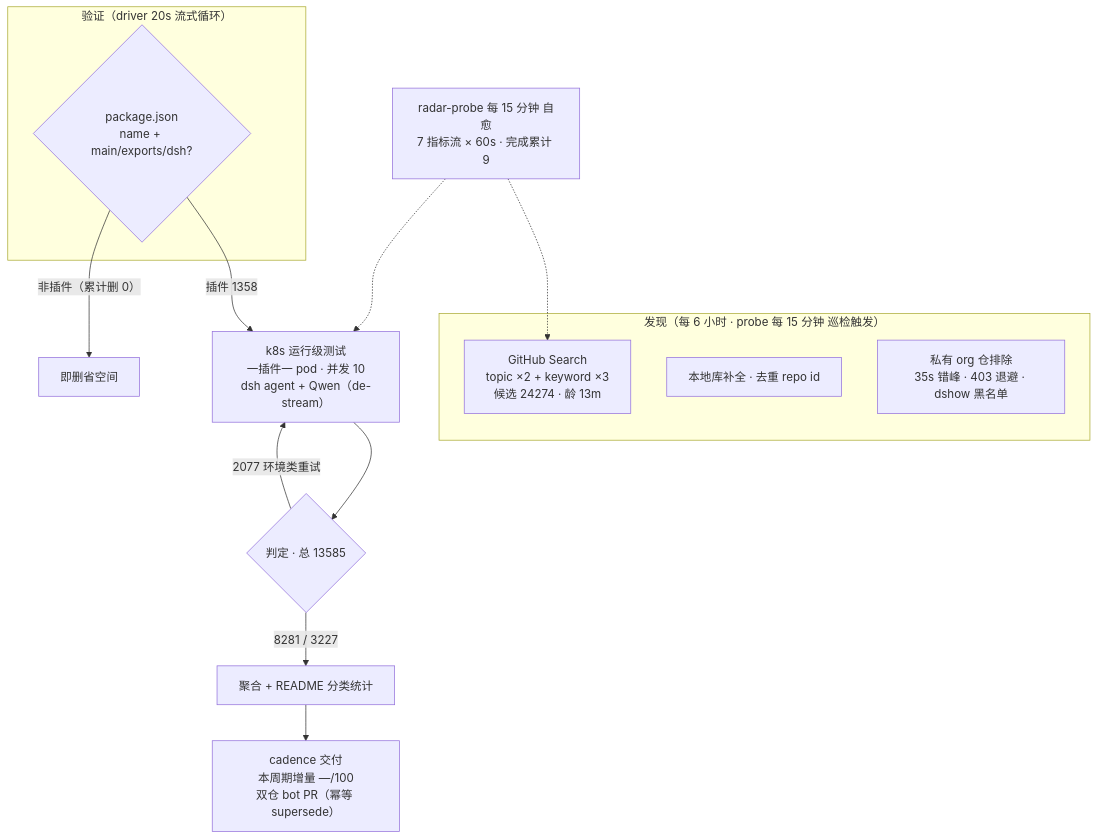
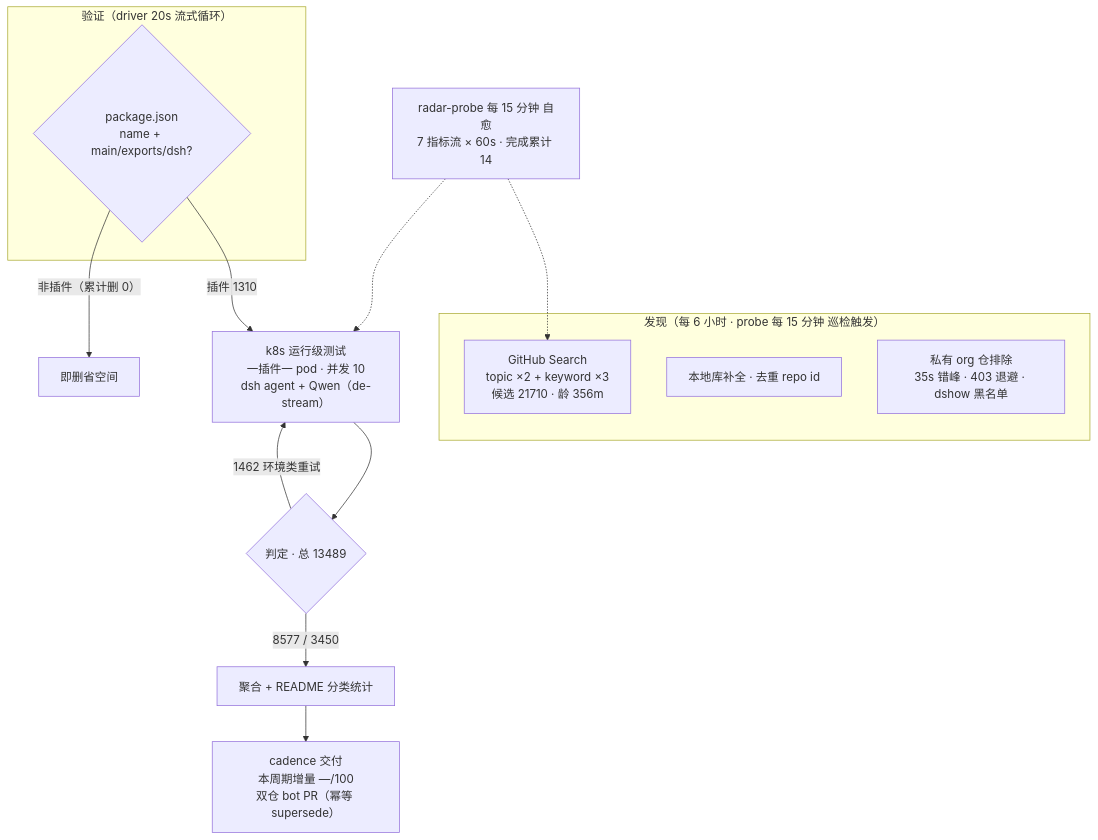
The diagram in README.md (AdamPlatin123/dsh-plugin-radar), drawn with Mermaid before and after one commit. The commit also changed other lines of this file and 17 other files, not shown here.

````diff
--- a/README.md
+++ b/README.md
@@ -106,20 +108,20 @@
 ```mermaid
 flowchart TB
     subgraph Discovery["发现（每 6 小时 · probe 每 15 分钟 巡检触发）"]
-        A1["GitHub Search<br/>topic ×2 + keyword ×3<br/>候选 24274 · 龄 13m"]
+        A1["GitHub Search<br/>topic ×2 + keyword ×3<br/>候选 21710 · 龄 356m"]
         A2["本地库补全 · 去重 repo id"]
         A3["私有 org 仓排除<br/>35s 错峰 · 403 退避 · dshow 黑名单"]
     end
     subgraph Validation["验证（driver 20s 流式循环）"]
         B1{"package.json<br/>name + main/exports/dsh?"}
     end
-    B1 -->|"插件 1358"| C1["k8s 运行级测试<br/>一插件一 pod · 并发 10<br/>dsh agent + Qwen（de-stream）"]
+    B1 -->|"插件 1310"| C1["k8s 运行级测试<br/>一插件一 pod · 并发 10<br/>dsh agent + Qwen（de-stream）"]
     B1 -->|"非插件（累计删 0）"| B3["即删省空间"]
-    C1 --> D1{"判定 · 总 13585"}
-    D1 -->|"8281 / 3227"| E1["聚合 + README 分类统计"]
-    D1 -->|"2077 环境类重试"| C1
+    C1 --> D1{"判定 · 总 13489"}
+    D1 -->|"8577 / 3450"| E1["聚合 + README 分类统计"]
+    D1 -->|"1462 环境类重试"| C1
     E1 --> E2["cadence 交付<br/>本周期增量 —/100<br/>双仓 bot PR（幂等 supersede）"]
-    M["radar-probe 每 15 分钟 自愈<br/>7 指标流 × 60s · 完成累计 9"]
+    M["radar-probe 每 15 分钟 自愈<br/>7 指标流 × 60s · 完成累计 14"]
     M -.-> A1
     M -.-> C1
 ```
````
